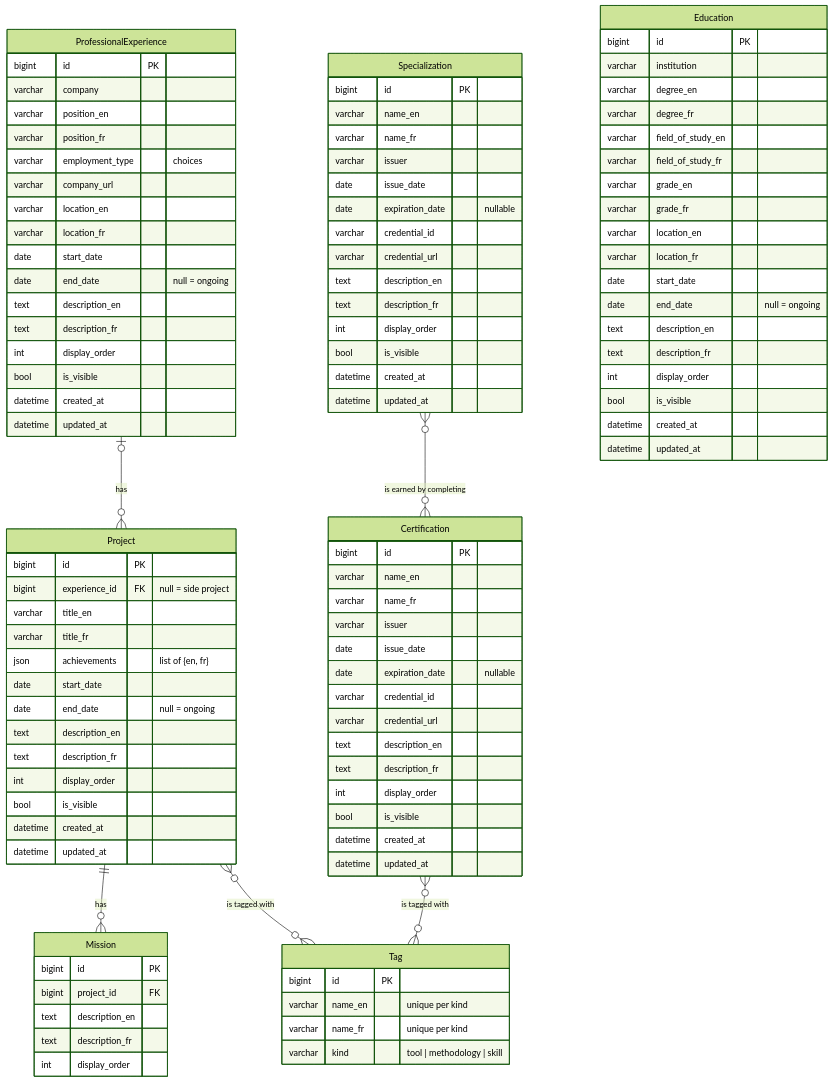
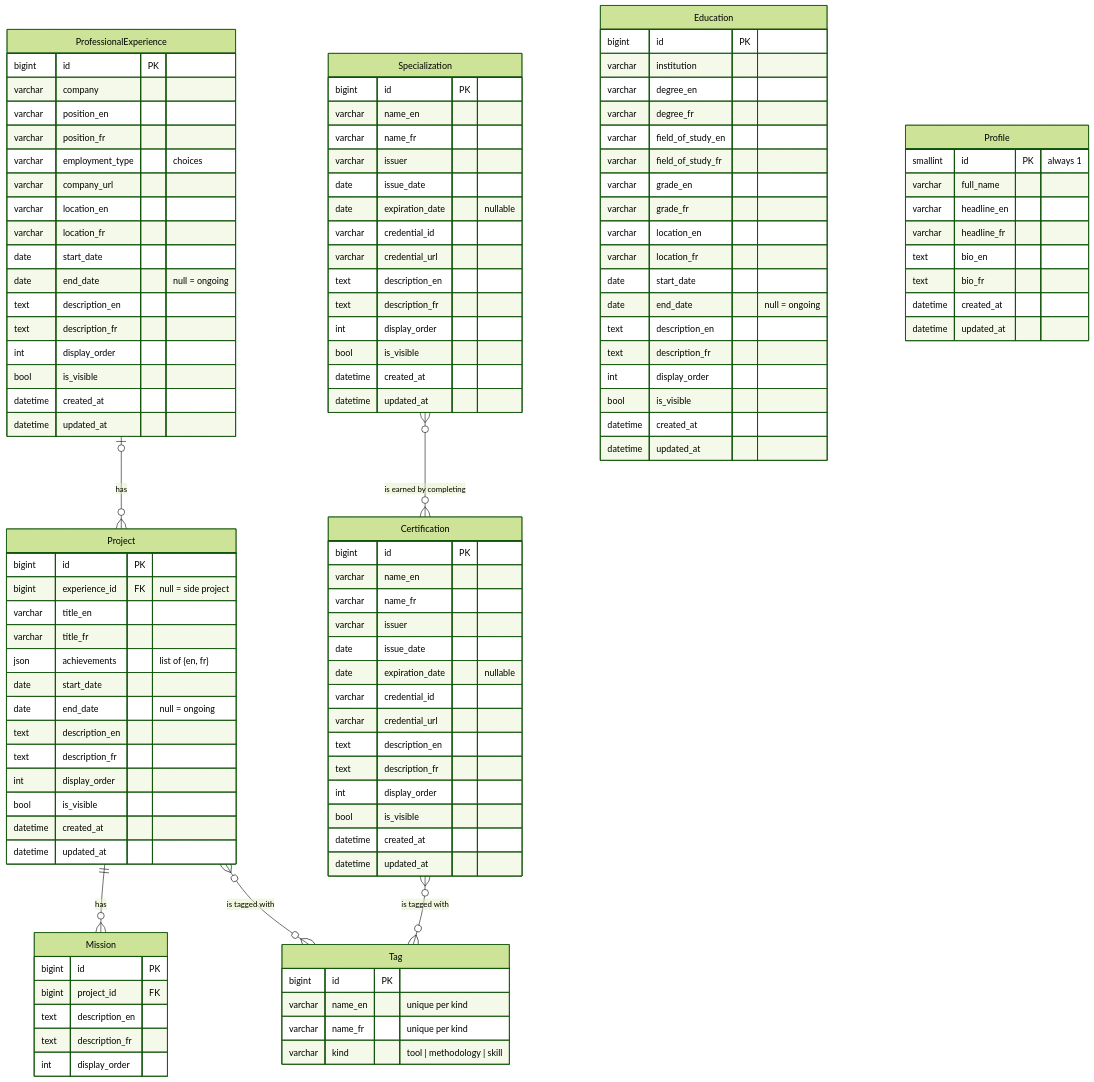
The diagram in backend/docs/database.md (MrAleborg/portfolio), drawn with Mermaid (forest theme) before and after one commit. The commit also changed other lines of this file and 4 other files, not shown here.

````diff
--- a/backend/docs/database.md
+++ b/backend/docs/database.md
@@ -117,4 +119,15 @@
         datetime created_at
         datetime updated_at
     }
+
+    Profile {
+        smallint id PK "always 1"
+        varchar full_name
+        varchar headline_en
+        varchar headline_fr
+        text bio_en
+        text bio_fr
+        datetime created_at
+        datetime updated_at
+    }
 ```
````
